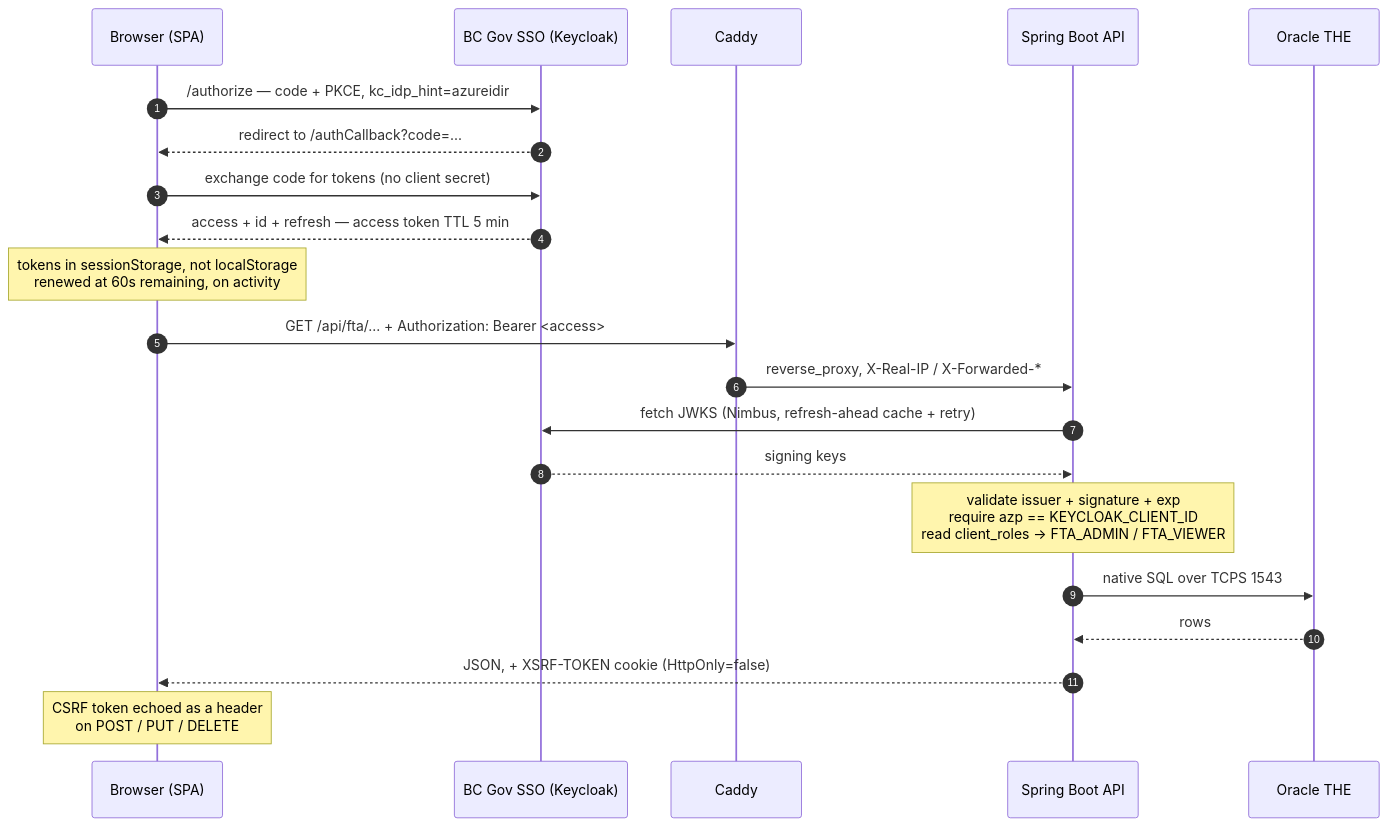
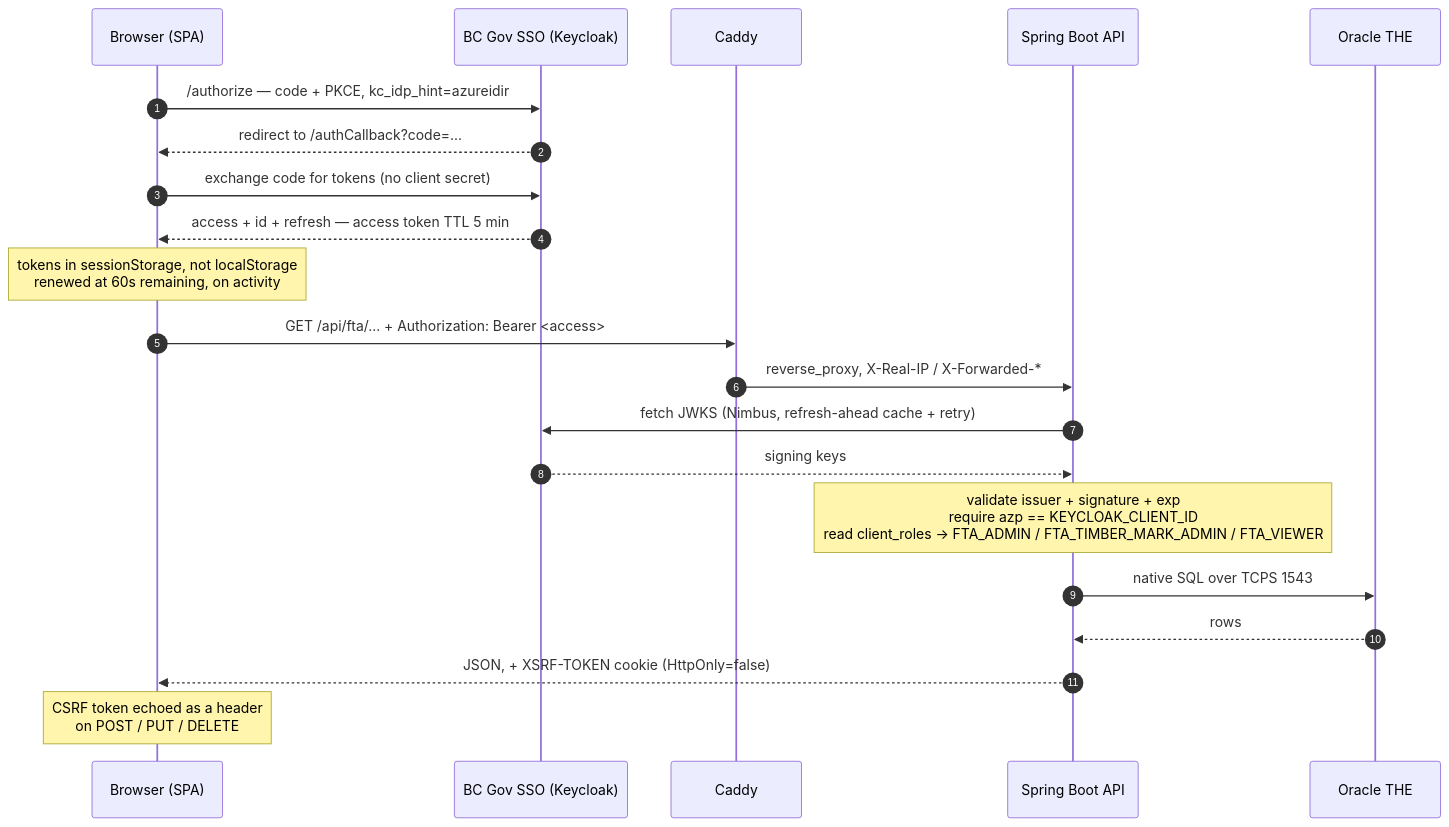
The third of 4 diagrams in docs/architecture.md (bcgov/nr-fta), drawn with Mermaid before and after one commit. The commit also changed other lines of this file and 83 other files, not shown here.

Commit message:
feat: added export and timber mark screens (#19)

````diff
--- a/docs/architecture.md
+++ b/docs/architecture.md
@@ -168,24 +168,24 @@
 ```mermaid
 sequenceDiagram
     autonumber
     participant B as Browser (SPA)
     participant K as BC Gov SSO (Keycloak)
     participant C as Caddy
     participant A as Spring Boot API
     participant O as Oracle THE
 
     B->>K: /authorize — code + PKCE, kc_idp_hint=azureidir
     K-->>B: redirect to /authCallback?code=...
     B->>K: exchange code for tokens (no client secret)
     K-->>B: access + id + refresh — access token TTL 5 min
     Note over B: tokens in sessionStorage, not localStorage<br/>renewed at 60s remaining, on activity
     B->>C: GET /api/fta/... + Authorization: Bearer <access>
     C->>A: reverse_proxy, X-Real-IP / X-Forwarded-*
     A->>K: fetch JWKS (Nimbus, refresh-ahead cache + retry)
     K-->>A: signing keys
-    Note over A: validate issuer + signature + exp<br/>require azp == KEYCLOAK_CLIENT_ID<br/>read client_roles → FTA_ADMIN / FTA_VIEWER
+    Note over A: validate issuer + signature + exp<br/>require azp == KEYCLOAK_CLIENT_ID<br/>read client_roles → FTA_ADMIN / FTA_TIMBER_MARK_ADMIN / FTA_VIEWER
     A->>O: native SQL over TCPS 1543
     O-->>A: rows
     A-->>B: JSON, + XSRF-TOKEN cookie (HttpOnly=false)
     Note over B: CSRF token echoed as a header<br/>on POST / PUT / DELETE
 ```
````
